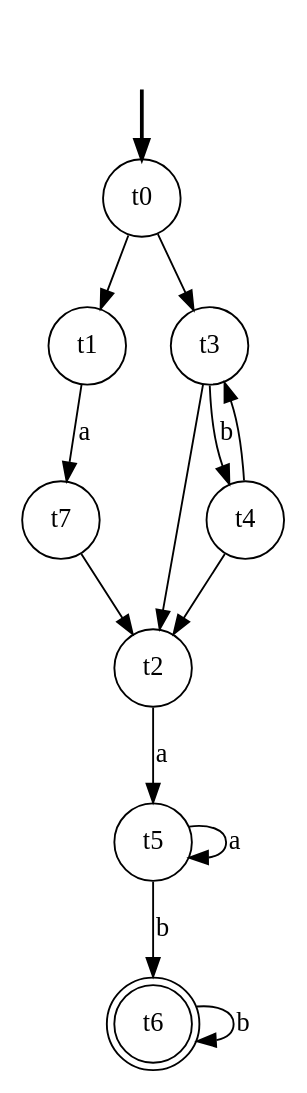
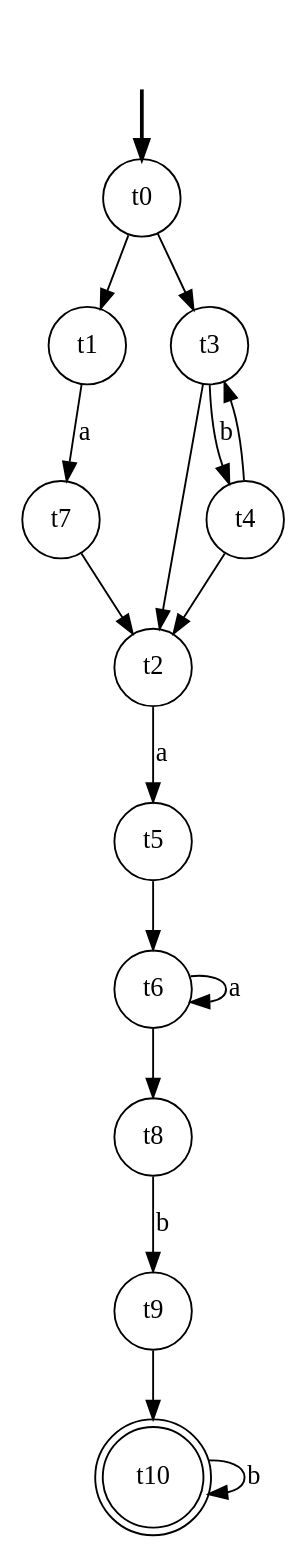
The diagram in a2_q3.dot (Raytr0/se3310assign2), drawn with Graphviz before and after one commit.

Commit message:
q3 updated + logic

```diff
--- a/a2_q3.dot
+++ b/a2_q3.dot
@@ -1,21 +1,24 @@
 digraph NFA {
     fake [style = invisible]
     t0 [root = true, shape = circle]
     fake -> t0 [style = bold]
 
-    t6 [shape=doublecircle]
+    t10 [shape=doublecircle]
     node [shape = circle];
     t0 -> t1;
-    t0 -> t3;
     t1 -> t7 [label = "a"];
     t7 -> t2 [label = ""];
+    t0 -> t3;
     t3 -> t4 [label = "b"];
     t4 -> t3 [label = ""];
     t4 -> t2 [label = ""];
     t3 -> t2 [label = ""];
     t2 -> t5 [label = "a"];
-    t5 -> t5 [label = "a"];
-    t5 -> t6 [label = "b"];
-    t6 -> t6 [label = "b"];
+    t5 -> t6 [label = ""];
+    t6 -> t6 [label = "a"];
+    t6 -> t8 [label = ""];
+    t8 -> t9 [label = "b"];
+    t9 -> t10 [label = ""];
+    t10 -> t10 [label = "b"];
 
 }
```
